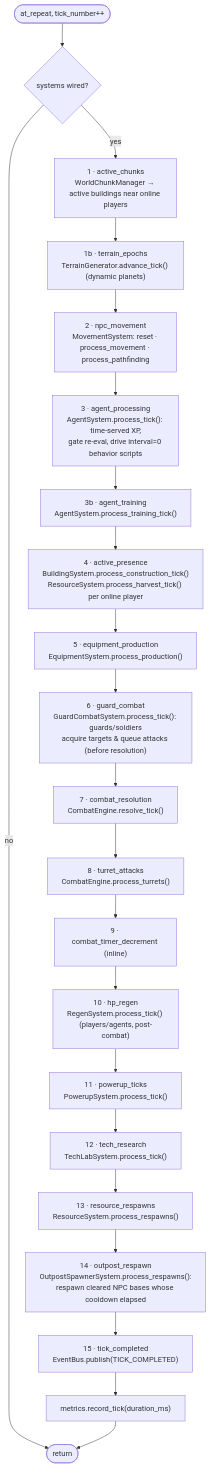
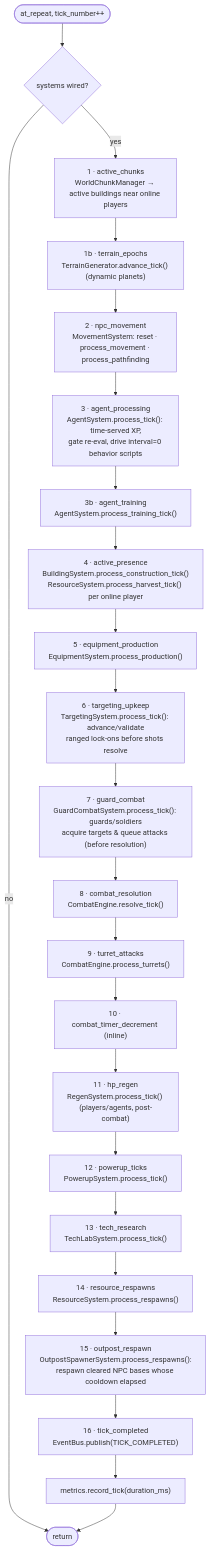
One commit to victorkhou/ProjectV changed the fourth of 13 diagrams in mygame/ARCHITECTURE.md. Above: the diagram before and after it, drawn with Mermaid. The commit also changed other lines of this file and 15 other files, not shown here.

First line of the commit message:
feat(combat): ranged lock-on 'target' + 'shoot'/'fire' with accuracy

````diff
--- a/mygame/ARCHITECTURE.md
+++ b/mygame/ARCHITECTURE.md
@@ -290,24 +290,25 @@
 ```mermaid
 flowchart TD
     Start([at_repeat, tick_number++]) --> Sys{systems wired?}
     Sys -- no --> End([return])
     Sys -- yes --> S1["1 · active_chunks<br/>WorldChunkManager → active buildings near online players"]
     S1 --> S1b["1b · terrain_epochs<br/>TerrainGenerator.advance_tick() (dynamic planets)"]
     S1b --> S2["2 · npc_movement<br/>MovementSystem: reset · process_movement · process_pathfinding"]
     S2 --> S3["3 · agent_processing<br/>AgentSystem.process_tick(): time-served XP,<br/>gate re-eval, drive interval=0 behavior scripts"]
     S3 --> S3b["3b · agent_training<br/>AgentSystem.process_training_tick()"]
     S3b --> S4["4 · active_presence<br/>BuildingSystem.process_construction_tick()<br/>ResourceSystem.process_harvest_tick() per online player"]
     S4 --> S5["5 · equipment_production<br/>EquipmentSystem.process_production()"]
-    S5 --> SG["6 · guard_combat<br/>GuardCombatSystem.process_tick(): guards/soldiers<br/>acquire targets & queue attacks (before resolution)"]
-    SG --> S6["7 · combat_resolution<br/>CombatEngine.resolve_tick()"]
-    S6 --> S7["8 · turret_attacks<br/>CombatEngine.process_turrets()"]
-    S7 --> S8["9 · combat_timer_decrement (inline)"]
-    S8 --> SR["10 · hp_regen<br/>RegenSystem.process_tick() (players/agents, post-combat)"]
-    SR --> S9["11 · powerup_ticks<br/>PowerupSystem.process_tick()"]
-    S9 --> S10["12 · tech_research<br/>TechLabSystem.process_tick()"]
-    S10 --> S11["13 · resource_respawns<br/>ResourceSystem.process_respawns()"]
-    S11 --> SO["14 · outpost_respawn<br/>OutpostSpawnerSystem.process_respawns():<br/>respawn cleared NPC bases whose cooldown elapsed"]
-    SO --> S12["15 · tick_completed<br/>EventBus.publish(TICK_COMPLETED)"]
+    S5 --> ST["6 · targeting_upkeep<br/>TargetingSystem.process_tick(): advance/validate<br/>ranged lock-ons before shots resolve"]
+    ST --> SG["7 · guard_combat<br/>GuardCombatSystem.process_tick(): guards/soldiers<br/>acquire targets & queue attacks (before resolution)"]
+    SG --> S6["8 · combat_resolution<br/>CombatEngine.resolve_tick()"]
+    S6 --> S7["9 · turret_attacks<br/>CombatEngine.process_turrets()"]
+    S7 --> S8["10 · combat_timer_decrement (inline)"]
+    S8 --> SR["11 · hp_regen<br/>RegenSystem.process_tick() (players/agents, post-combat)"]
+    SR --> S9["12 · powerup_ticks<br/>PowerupSystem.process_tick()"]
+    S9 --> S10["13 · tech_research<br/>TechLabSystem.process_tick()"]
+    S10 --> S11["14 · resource_respawns<br/>ResourceSystem.process_respawns()"]
+    S11 --> SO["15 · outpost_respawn<br/>OutpostSpawnerSystem.process_respawns():<br/>respawn cleared NPC bases whose cooldown elapsed"]
+    SO --> S12["16 · tick_completed<br/>EventBus.publish(TICK_COMPLETED)"]
     S12 --> M["metrics.record_tick(duration_ms)"]
     M --> End
 ```
````
